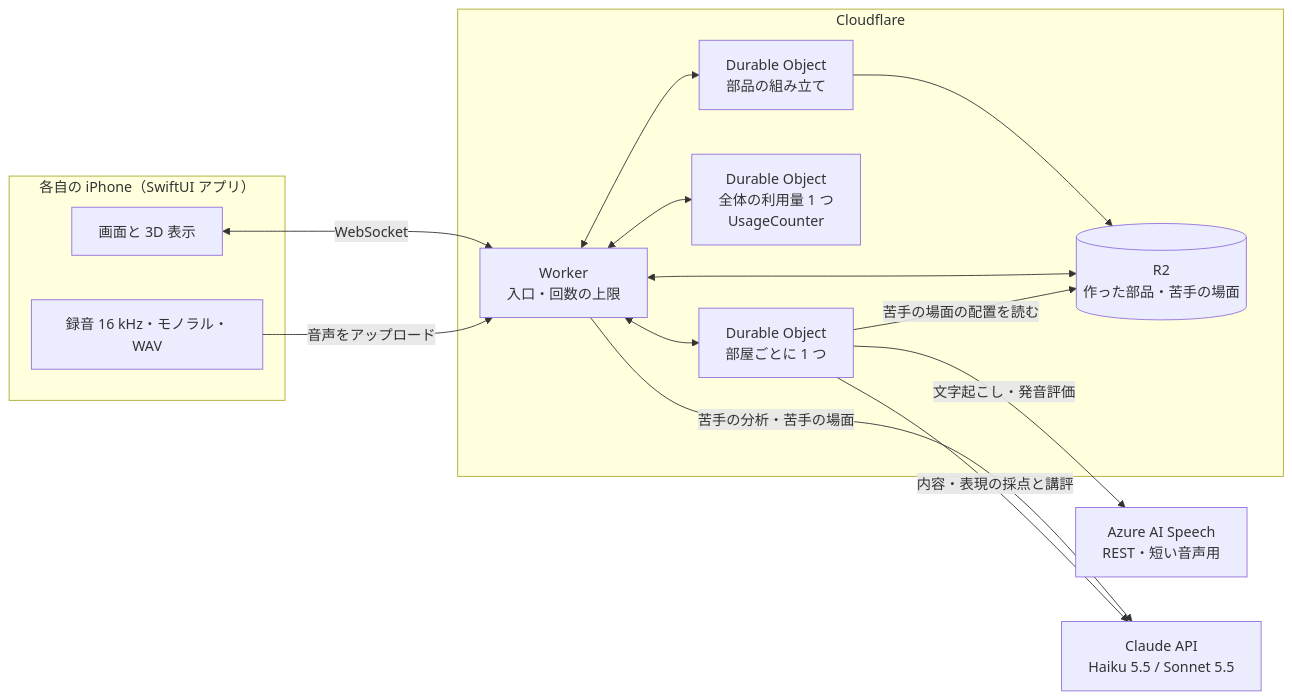
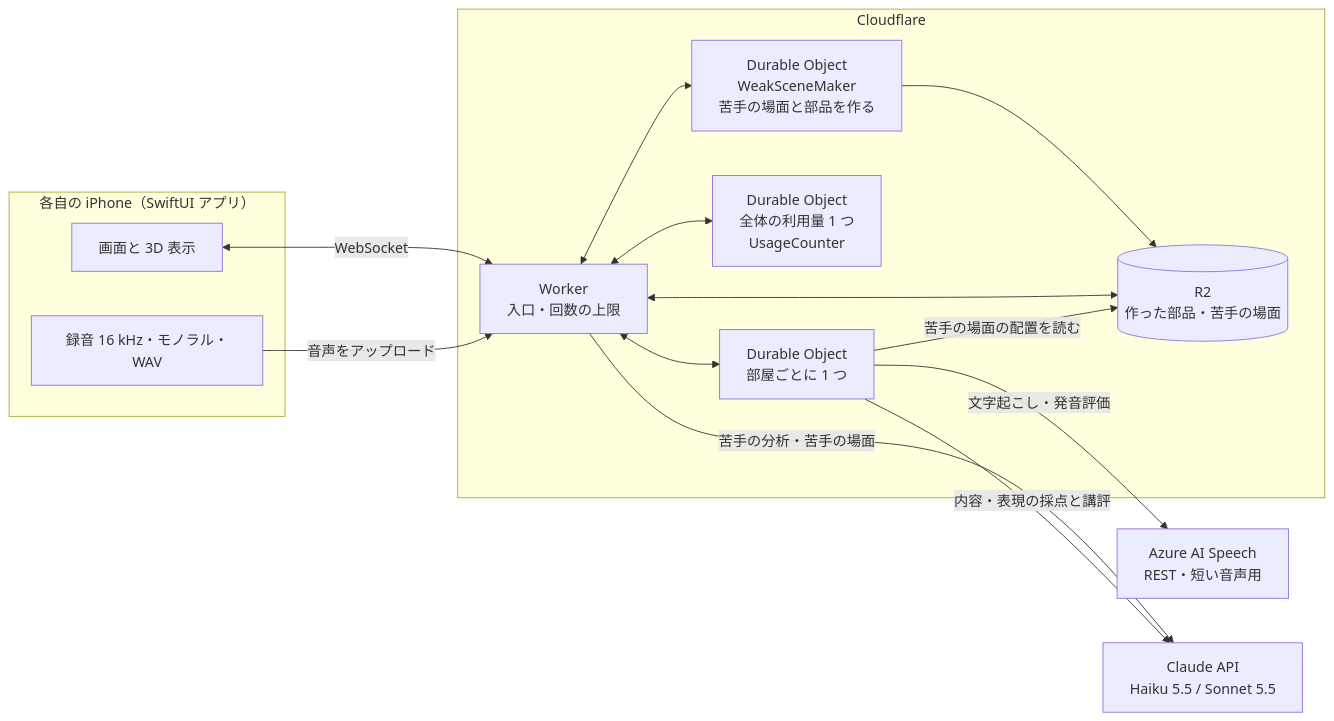
One commit to jphacks/ng_2622 changed the first of 2 diagrams in docs/design/architecture.md. Above: the diagram before and after it, drawn with Mermaid. The commit also changed other lines of this file and 3 other files, not shown here.

````diff
--- a/docs/design/architecture.md
+++ b/docs/design/architecture.md
@@ -7,27 +7,27 @@
 ```mermaid
 flowchart LR
   subgraph iPhone[各自の iPhone（SwiftUI アプリ）]
     UI[画面と 3D 表示]
     Rec[録音 16 kHz・モノラル・WAV]
   end
   subgraph CF[Cloudflare]
     W[Worker<br>入口・回数の上限]
     R[Durable Object<br>部屋ごとに 1 つ]
     G[Durable Object<br>全体の利用量 1 つ<br>UsageCounter]
-    P[Durable Object<br>部品の組み立て]
+    P[Durable Object<br>WeakSceneMaker<br>苦手の場面と部品を作る]
     B[(R2<br>作った部品・苦手の場面)]
   end
   Az[Azure AI Speech<br>REST・短い音声用]
   Cl[Claude API<br>Haiku 5.5 / Sonnet 5.5]
   UI <-->|WebSocket| W
   Rec -->|音声をアップロード| W
   W <--> R
   W <--> G
   W -->|苦手の分析・苦手の場面| Cl
   W <--> P
   P --> B
   W <--> B
   R -->|苦手の場面の配置を読む| B
   R -->|文字起こし・発音評価| Az
   R -->|内容・表現の採点と講評| Cl
 ```
````
